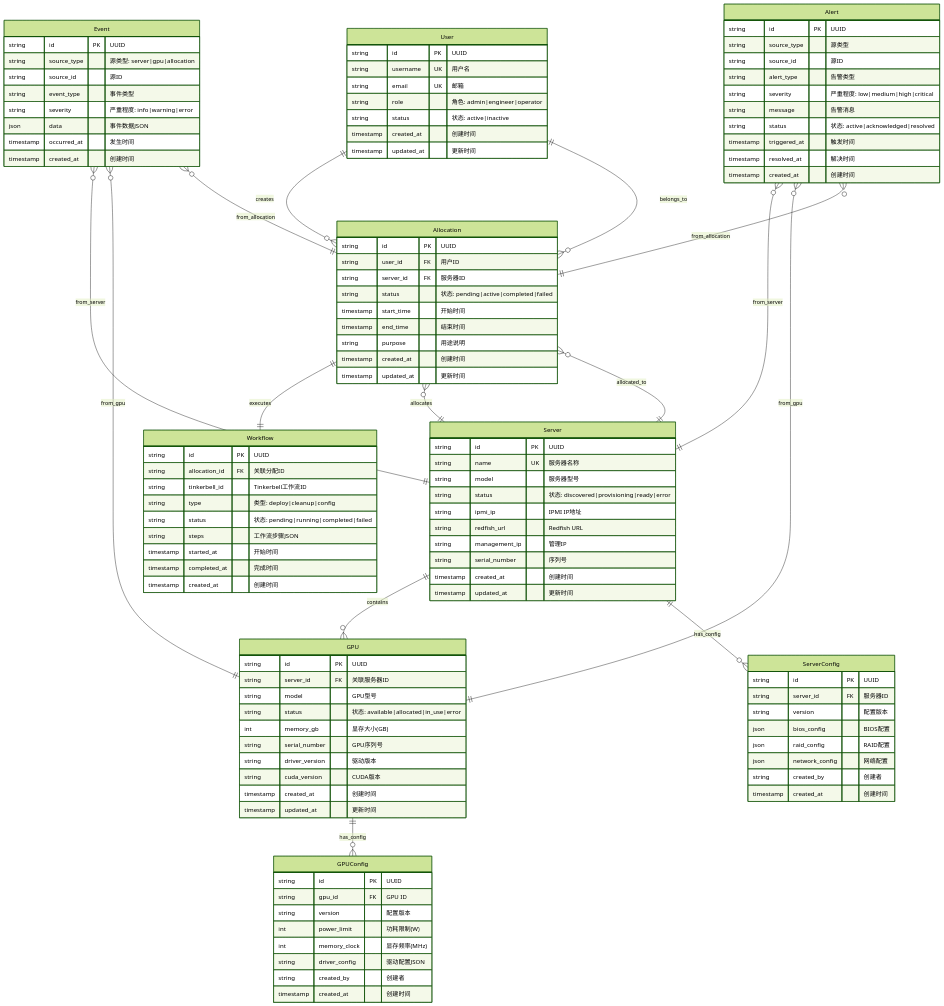
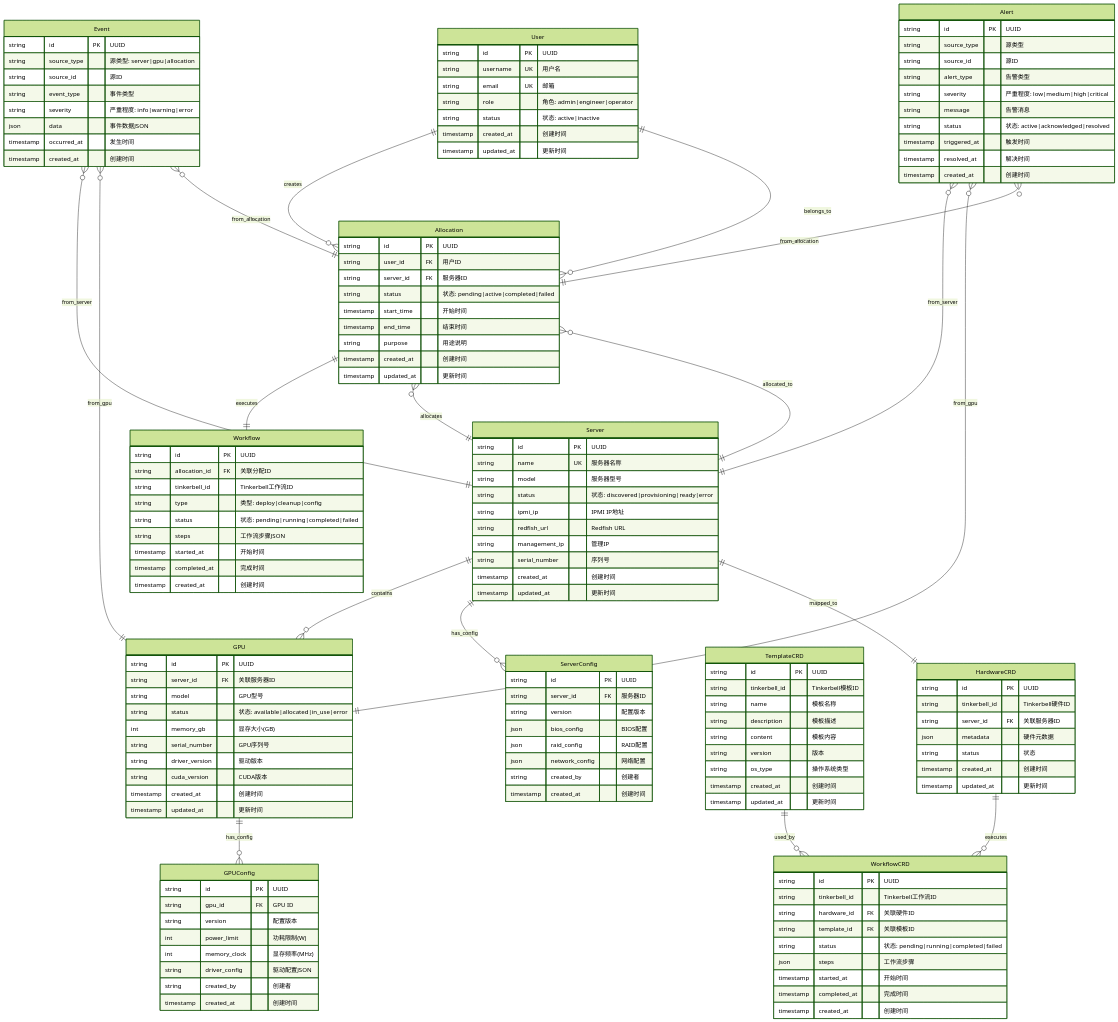
The first of 14 diagrams in docs/design/architecture-design.md (linview/gpu-resource-manager-backend), drawn with Mermaid (forest theme) before and after one commit. The commit also changed other lines of this file and 7 other files, not shown here.

```diff
--- a/docs/design/architecture-design.md
+++ b/docs/design/architecture-design.md
@@ -91,6 +132,41 @@
         timestamp created_at "创建时间"
     }
     
+    %% Tinkerbell CRD映射实体
+    HardwareCRD {
+        string id PK "UUID"
+        string tinkerbell_id "Tinkerbell硬件ID"
+        string server_id FK "关联服务器ID"
+        json metadata "硬件元数据"
+        string status "状态"
+        timestamp created_at "创建时间"
+        timestamp updated_at "更新时间"
+    }
+    
+    TemplateCRD {
+        string id PK "UUID"
+        string tinkerbell_id "Tinkerbell模板ID"
+        string name "模板名称"
+        string description "模板描述"
+        string content "模板内容"
+        string version "版本"
+        string os_type "操作系统类型"
+        timestamp created_at "创建时间"
+        timestamp updated_at "更新时间"
+    }
+    
+    WorkflowCRD {
+        string id PK "UUID"
+        string tinkerbell_id "Tinkerbell工作流ID"
+        string hardware_id FK "关联硬件ID"
+        string template_id FK "关联模板ID"
+        string status "状态: pending|running|completed|failed"
+        json steps "工作流步骤"
+        timestamp started_at "开始时间"
+        timestamp completed_at "完成时间"
+        timestamp created_at "创建时间"
+    }
+    
     ServerConfig {
         string id PK "UUID"
         string server_id FK "服务器ID"
@@ -142,10 +218,13 @@
     Server ||--o{ GPU : "contains"
     Server ||--o{ Allocation : "allocated_to"
     Server ||--o{ ServerConfig : "has_config"
+    Server ||--|| HardwareCRD : "mapped_to"
     GPU ||--o{ GPUConfig : "has_config"
     Allocation ||--|| Workflow : "executes"
     Allocation }o--|| Server : "allocates"
     Allocation }o--|| User : "belongs_to"
+    HardwareCRD ||--o{ WorkflowCRD : "executes"
+    TemplateCRD ||--o{ WorkflowCRD : "used_by"
     Event }o--|| Server : "from_server"
     Event }o--|| GPU : "from_gpu"
     Event }o--|| Allocation : "from_allocation"
```
